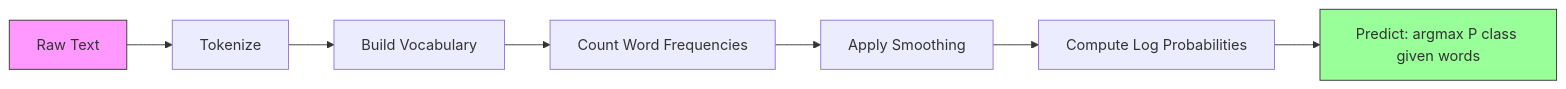
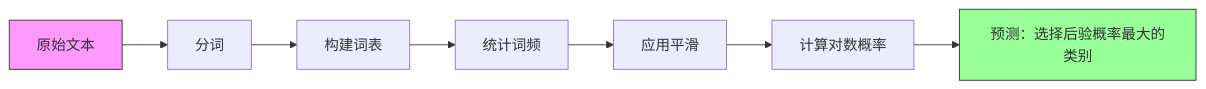
The diagram in content/translations/practice/02-ml-fundamentals/14-naive-bayes/zh.md (huangyue12120/Learning-Atlas), drawn with Mermaid before and after one commit. The commit also changed 24 other files, not shown here.

Commit message:
fix(reader): localize Mermaid in source content

````diff
--- a/content/translations/practice/02-ml-fundamentals/14-naive-bayes/zh.md
+++ b/content/translations/practice/02-ml-fundamentals/14-naive-bayes/zh.md
@@ -212,12 +212,12 @@
 ```mermaid
 flowchart LR
-    A[Raw Text] --> B[Tokenize]
-    B --> C[Build Vocabulary]
-    C --> D[Count Word Frequencies]
-    D --> E[Apply Smoothing]
-    E --> F[Compute Log Probabilities]
-    F --> G[Predict: argmax P class given words]
+    A[原始文本] --> B[分词]
+    B --> C[构建词表]
+    C --> D[统计词频]
+    D --> E[应用平滑]
+    E --> F[计算对数概率]
+    F --> G["预测：选择后验概率最大的类别"]
 
     style A fill:#f9f,stroke:#333
     style G fill:#9f9,stroke:#333
 ```
````
